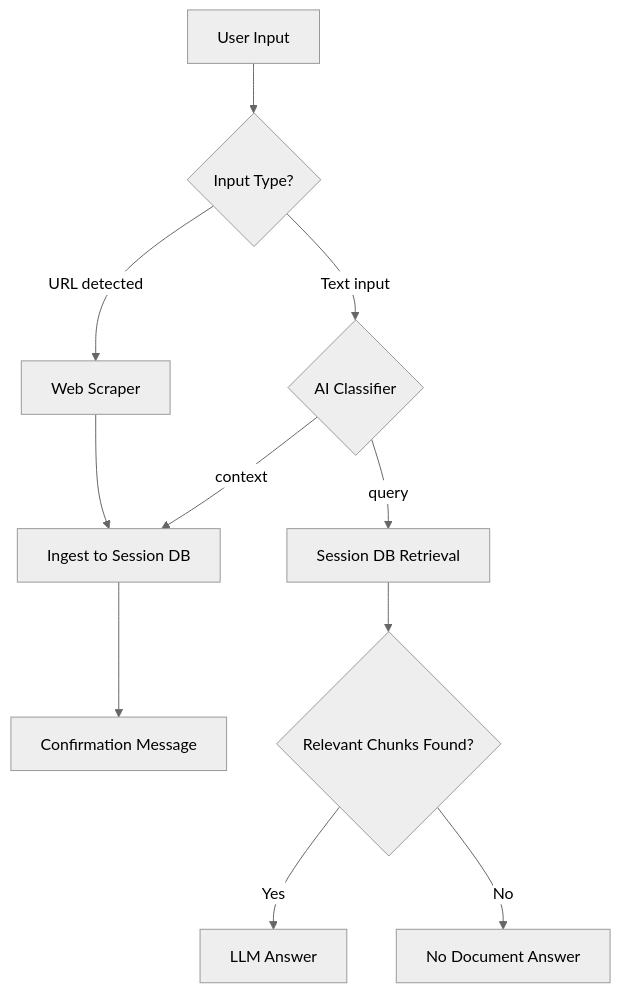
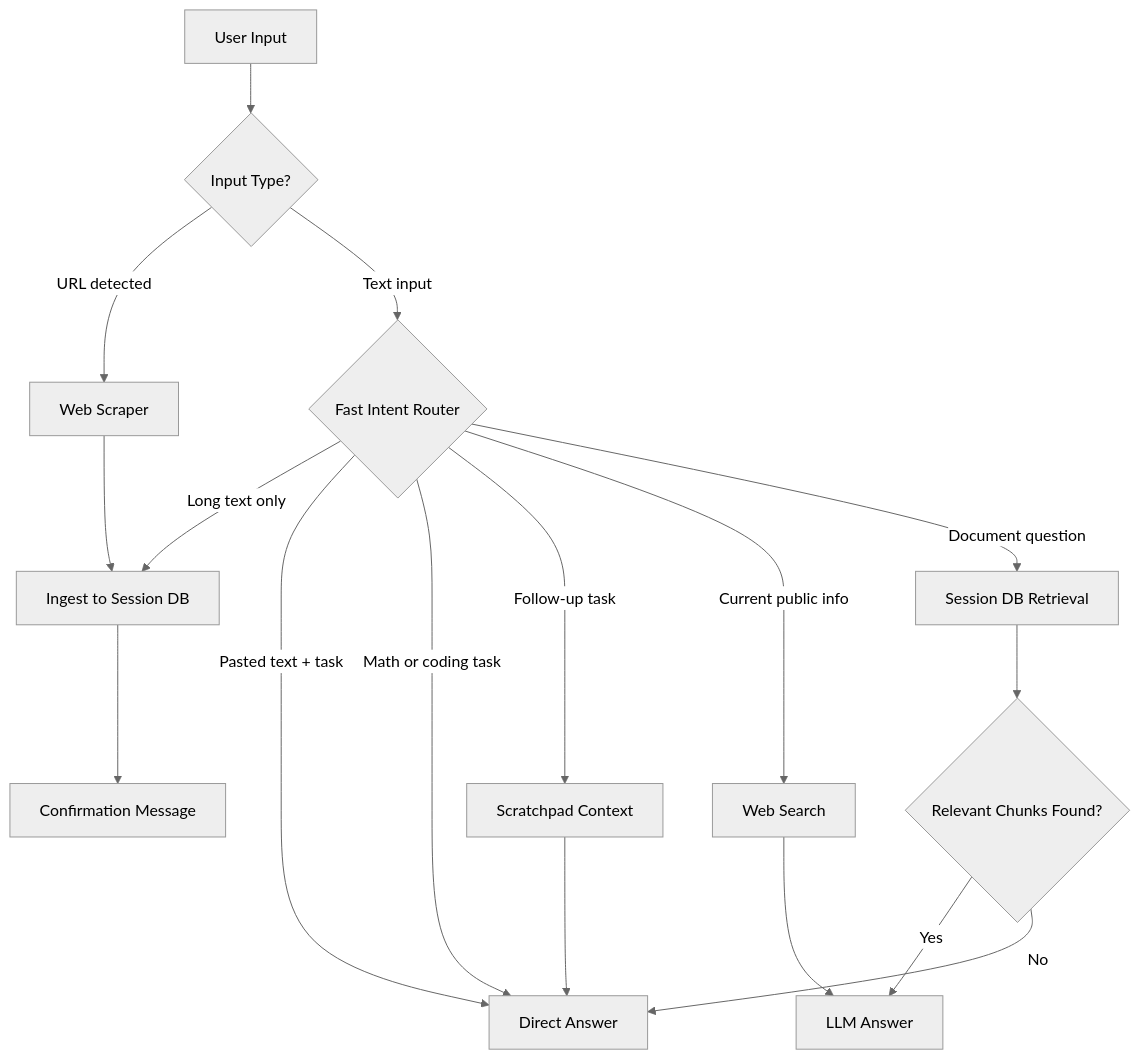
One commit to CuriousAd/knovera changed the second of 2 diagrams in README.md. Above: the diagram before and after it, drawn with Mermaid (neutral theme). The commit also changed other lines of this file and 2 other files, not shown here.

Commit message:
feat: add Custom mode routing and scratchpad

````diff
--- a/README.md
+++ b/README.md
@@ -167,13 +169,18 @@
 ```mermaid
 graph TD
     INPUT[User Input] --> TYPE{Input Type?}
     TYPE -->|URL detected| SCRAPE[Web Scraper]
-    TYPE -->|Text input| CLS{AI Classifier}
-    CLS -->|context| ING[Ingest to Session DB]
-    CLS -->|query| RETR[Session DB Retrieval]
+    TYPE -->|Text input| ROUTE{Fast Intent Router}
+    ROUTE -->|Long text only| ING[Ingest to Session DB]
+    ROUTE -->|Pasted text + task| DIRECT[Direct Answer]
+    ROUTE -->|Math or coding task| DIRECT
+    ROUTE -->|Follow-up task| SCRATCH[Scratchpad Context] --> DIRECT
+    ROUTE -->|Current public info| WEB[Web Search]
+    ROUTE -->|Document question| RETR[Session DB Retrieval]
     SCRAPE --> ING
     ING --> REPLY[Confirmation Message]
     RETR --> GATE{Relevant Chunks Found?}
     GATE -->|Yes| LLM[LLM Answer]
-    GATE -->|No| NOANS[No Document Answer]
+    GATE -->|No| DIRECT
+    WEB --> LLM
 ```
````
